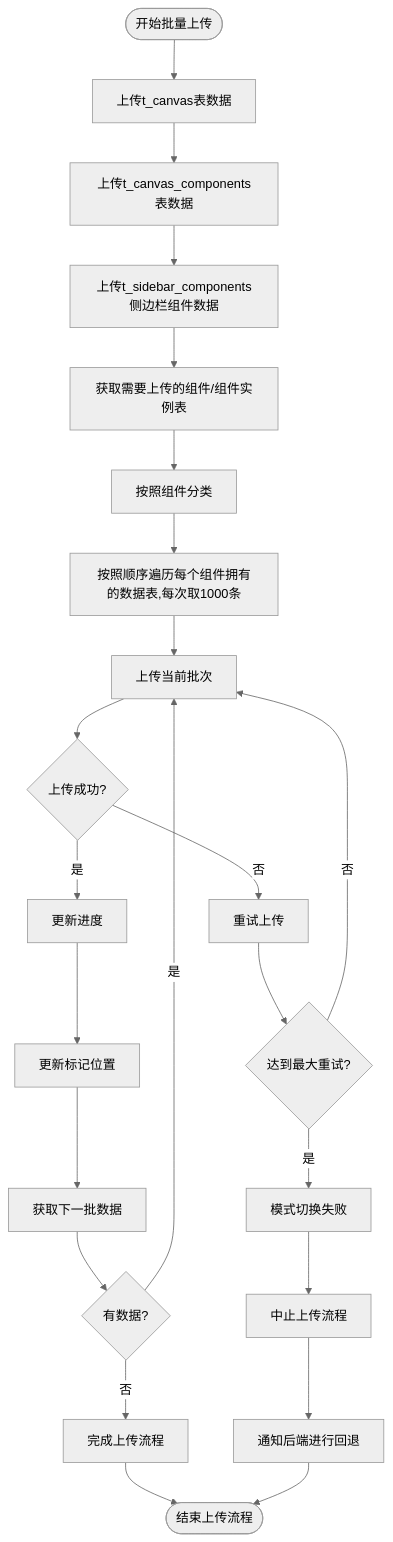
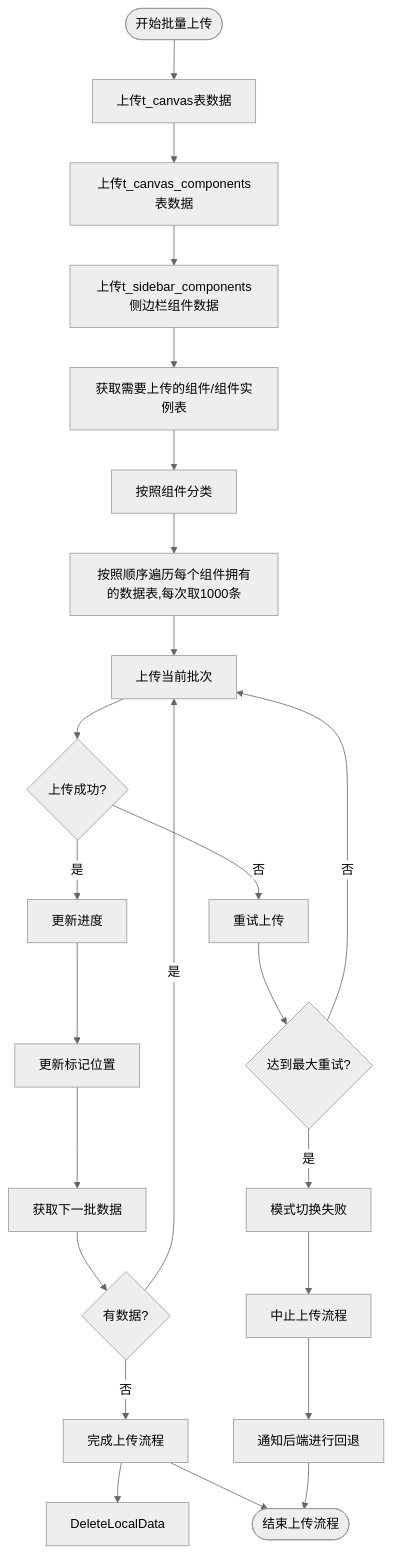
The diagram in all/未命名-51.md (yingjianzh/iodraw-files), drawn with Mermaid (neutral theme) before and after one commit.

Commit message:
2025-05-08 17:40:14 update

````diff
--- a/all/未命名-51.md
+++ b/all/未命名-51.md
@@ -1,33 +1,33 @@
 ```mermaid
 flowchart TD
     Start([开始批量上传]) --> UploadSpaceData[上传t_canvas表数据]
     UploadSpaceData --> UploadComponentListData[上传t_canvas_components表数据]
     UploadComponentListData --> UploadSiderComponent[上传t_sidebar_components侧边栏组件数据]
     UploadSiderComponent --> FetchData[获取需要上传的组件/组件实例表]
     FetchData --> ClassifyData[按照组件分类]
     ClassifyData --> UploadData[按照顺序遍历每个组件拥有的数据表,每次取1000条]
     UploadData --> UploadBatch[上传当前批次]
     
     UpdateProgress --> UpdateMarker[更新标记位置]
     UpdateMarker --> FetchNextBatch[获取下一批数据]
     
     FetchNextBatch --> CheckResults{有数据?}
     CheckResults -->|否| CompleteUpload[完成上传流程]
     CheckResults -->|是| UploadBatch
 
     
     UploadBatch --> UploadSuccess{上传成功?}
     UploadSuccess -->|是| UpdateProgress[更新进度]
     UploadSuccess -->|否| RetryUpload[重试上传]
     
     RetryUpload --> MaxRetries{达到最大重试?}
     MaxRetries -->|否| UploadBatch
     MaxRetries -->|是| ErrorHandling[模式切换失败]
     
     ErrorHandling --> AbortProcess[中止上传流程]
     AbortProcess --> ReportError[通知后端进行回退]
     
-    CompleteUpload
+    CompleteUpload --> DeleteLocalData
     CompleteUpload --> End([结束上传流程])
     ReportError --> End
 ```
````
